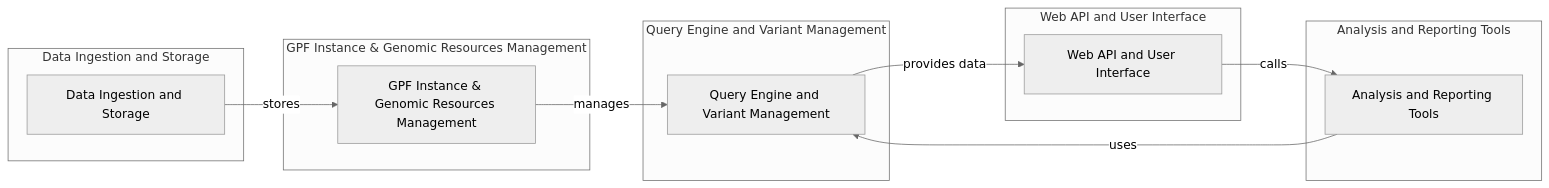
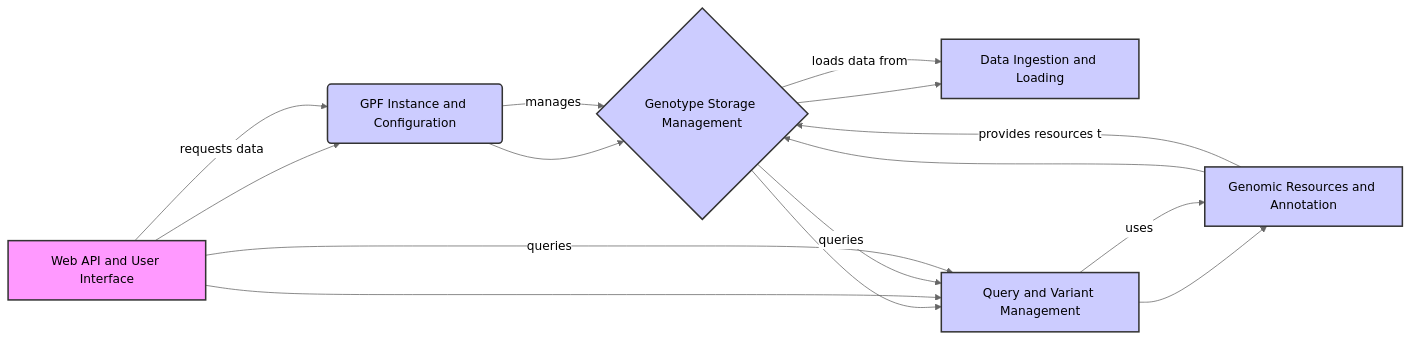
The diagram in gpf/on_boarding.md (CodeBoarding/GeneratedOnBoardings), drawn with Mermaid (neutral theme) before and after one commit. The commit also changed other lines of this file, not shown here.

Commit message:
Uploading onboarding materials for gpf

````diff
--- a/gpf/on_boarding.md
+++ b/gpf/on_boarding.md
@@ -9,28 +9,23 @@
 ```mermaid
 graph LR
-    subgraph Data Ingestion and Storage
-    A[Data Ingestion and Storage]
-    end
-
-    subgraph GPF Instance & Genomic Resources Management
-    B[GPF Instance & Genomic Resources Management]
-    end
-
-    subgraph Query Engine and Variant Management
-    C[Query Engine and Variant Management]
-    end
-
-    subgraph Web API and User Interface
-    D[Web API and User Interface]
-    end
-
-    subgraph Analysis and Reporting Tools
-    E[Analysis and Reporting Tools]
-    end
-
-    A--stores-->B
+    A[Web API and User Interface] --> B(GPF Instance and Configuration)
+    B --> C{Genotype Storage Management}
+    C --> D[Data Ingestion and Loading]
+    C --> E[Query and Variant Management]
+    E --> F[Genomic Resources and Annotation]
+    F --> C
+    A --> E
+    style A fill:#f9f,stroke:#333,stroke-width:2px
+    style B fill:#ccf,stroke:#333,stroke-width:2px
+    style C fill:#ccf,stroke:#333,stroke-width:2px
+    style D fill:#ccf,stroke:#333,stroke-width:2px
+    style E fill:#ccf,stroke:#333,stroke-width:2px
+    style F fill:#ccf,stroke:#333,stroke-width:2px
+    A--requests data-->B
     B--manages-->C
-    C--provides data-->D
-    D--calls-->E
-    E--uses-->C
+    C--loads data from-->D
+    C--queries-->E
+    E--uses-->F
+    F--provides resources to-->C
+    A--queries-->E
 ```
````
